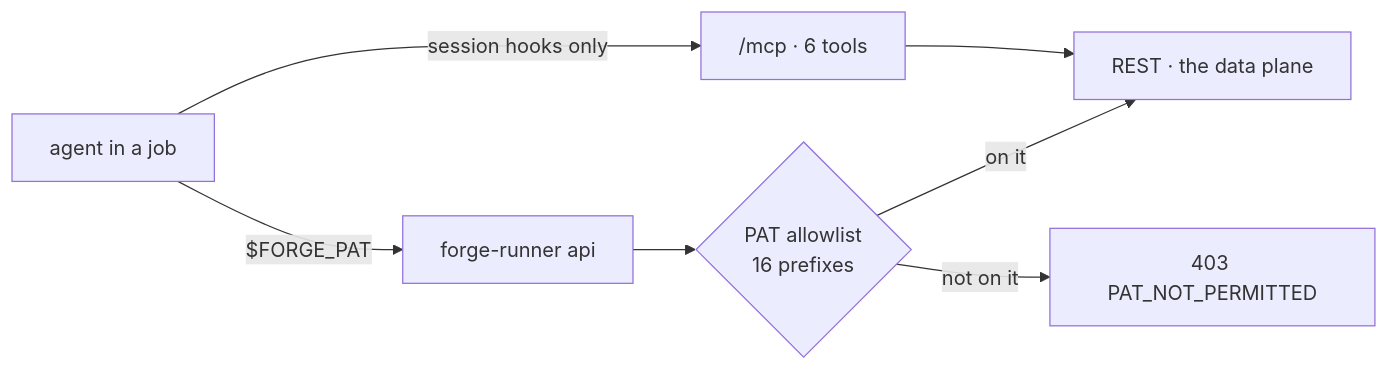
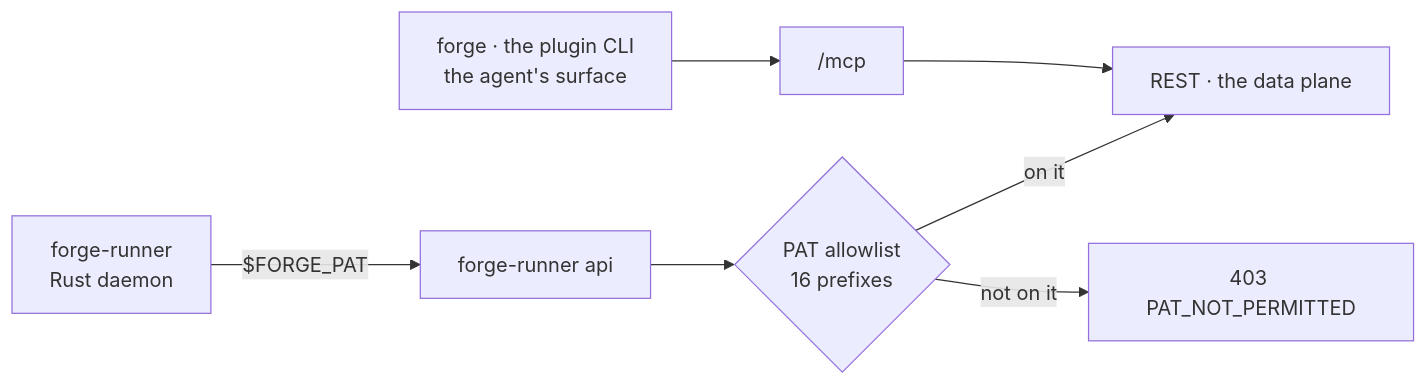
The diagram in docs/architecture/data-plane-surface.md (SidCorp-co/forge), drawn with Mermaid before and after one commit. The commit also changed other lines of this file and 5 other files, not shown here.

````diff
--- a/docs/architecture/data-plane-surface.md
+++ b/docs/architecture/data-plane-surface.md
@@ -11,9 +17,9 @@
 ```mermaid
 flowchart LR
-  A[agent in a job] -->|"$FORGE_PAT"| CLI["forge-runner api"]
-  A -->|"session hooks only"| MCP["/mcp · 6 tools"]
+  D["forge-runner<br/>Rust daemon"] -->|"$FORGE_PAT"| CLI["forge-runner api"]
+  P["forge · the plugin CLI<br/>the agent's surface"] --> MCP["/mcp"]
   CLI --> F{"PAT allowlist<br/>16 prefixes"}
   F -->|on it| R["REST · the data plane"]
   F -->|not on it| X["403 PAT_NOT_PERMITTED"]
   MCP --> R
 ```
````
